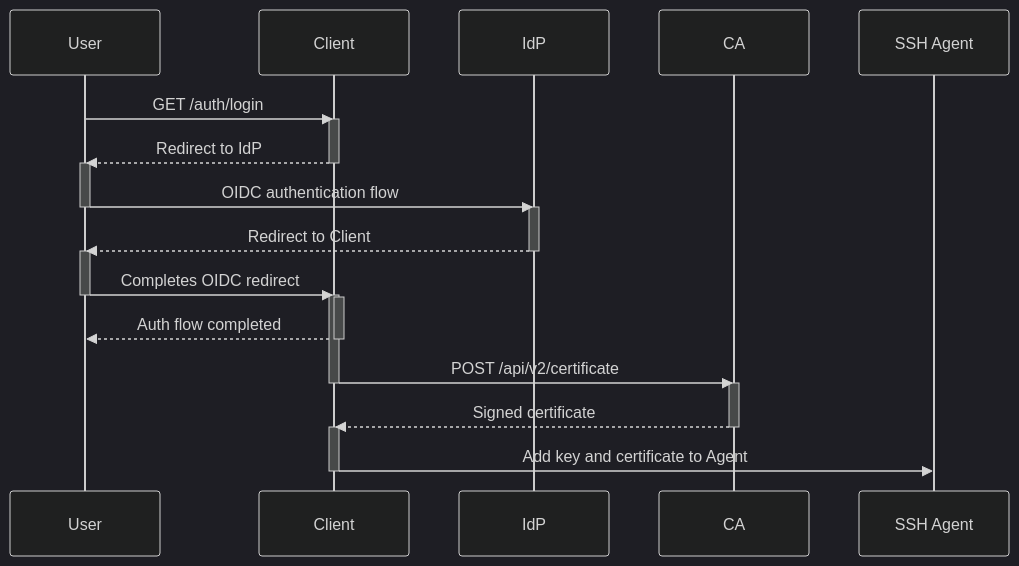
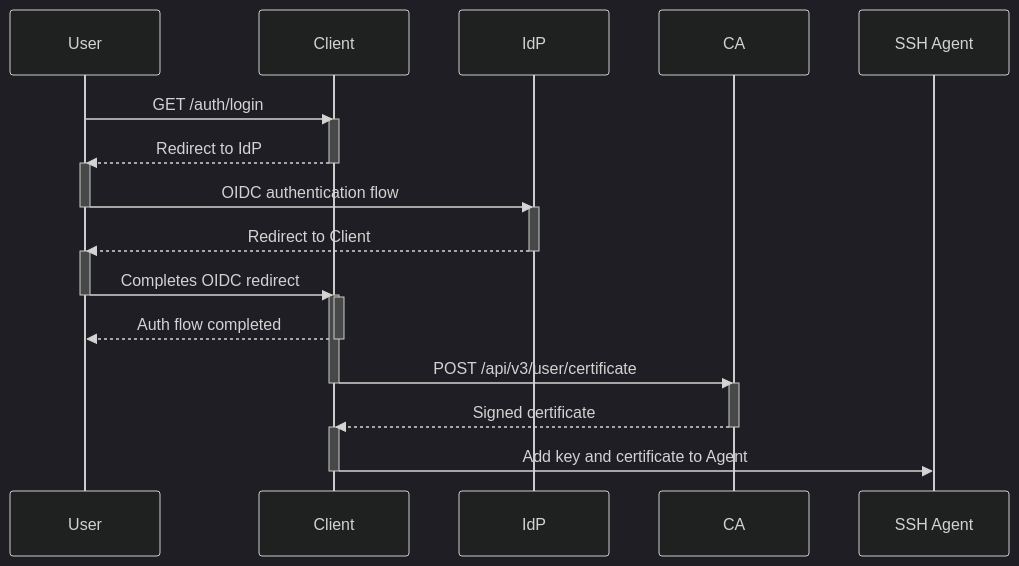
The first of 4 diagrams in README.md (andrewheberle/serverless-ssh-ca), drawn with Mermaid (dark theme) before and after one commit. The commit also changed other lines of this file and 14 other files, not shown here.

First line of the commit message:
Add seperate user and host KRLs and add v3 API (#266)

````diff
--- a/README.md
+++ b/README.md
@@ -39,28 +39,28 @@
 ```mermaid
 sequenceDiagram
     User->>Client: GET /auth/login
     activate Client
     Client-->>User: Redirect to IdP
     deactivate Client
     activate User
     User->>IdP: OIDC authentication flow
     deactivate User
     activate IdP
     IdP-->>User: Redirect to Client
     deactivate IdP
     activate User
     User->>Client: Completes OIDC redirect
     deactivate User
     activate Client
     activate Client
     Client-->>User: Auth flow completed
     deactivate Client
-    Client->>CA: POST /api/v2/certificate
+    Client->>CA: POST /api/v3/user/certificate
     deactivate Client
     activate CA
     CA-->>Client: Signed certificate
     deactivate CA
     activate Client
     Client->>SSH Agent: Add key and certificate to Agent
     deactivate Client
 ```
````
